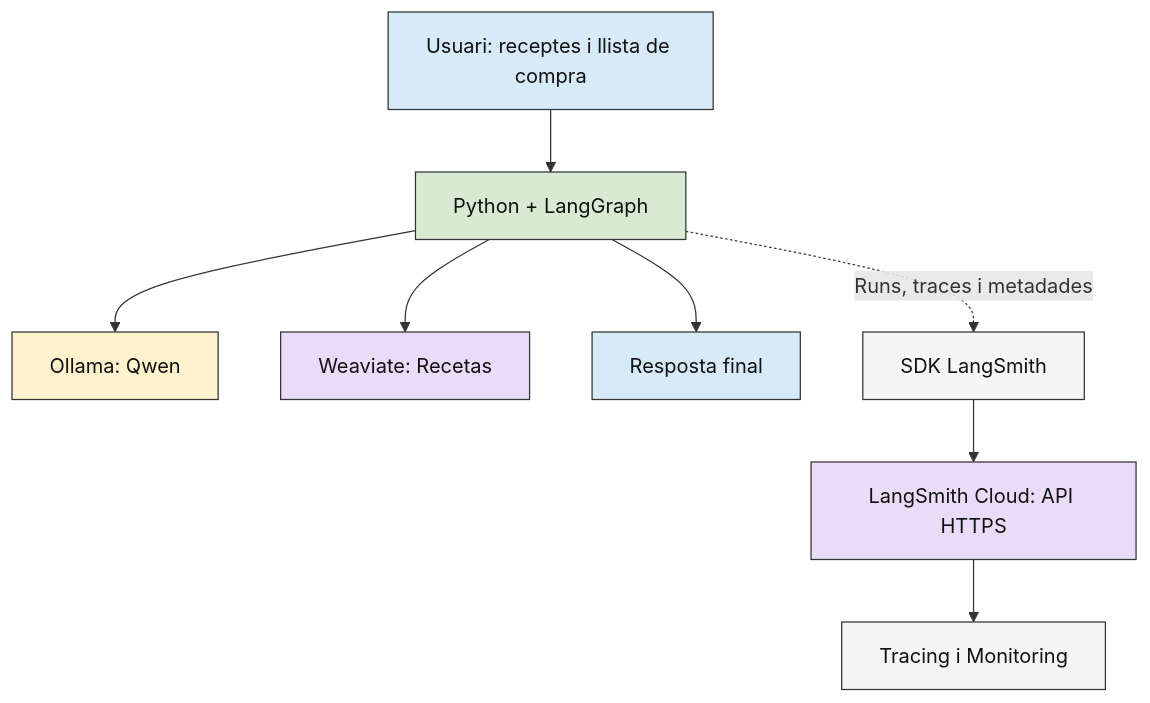
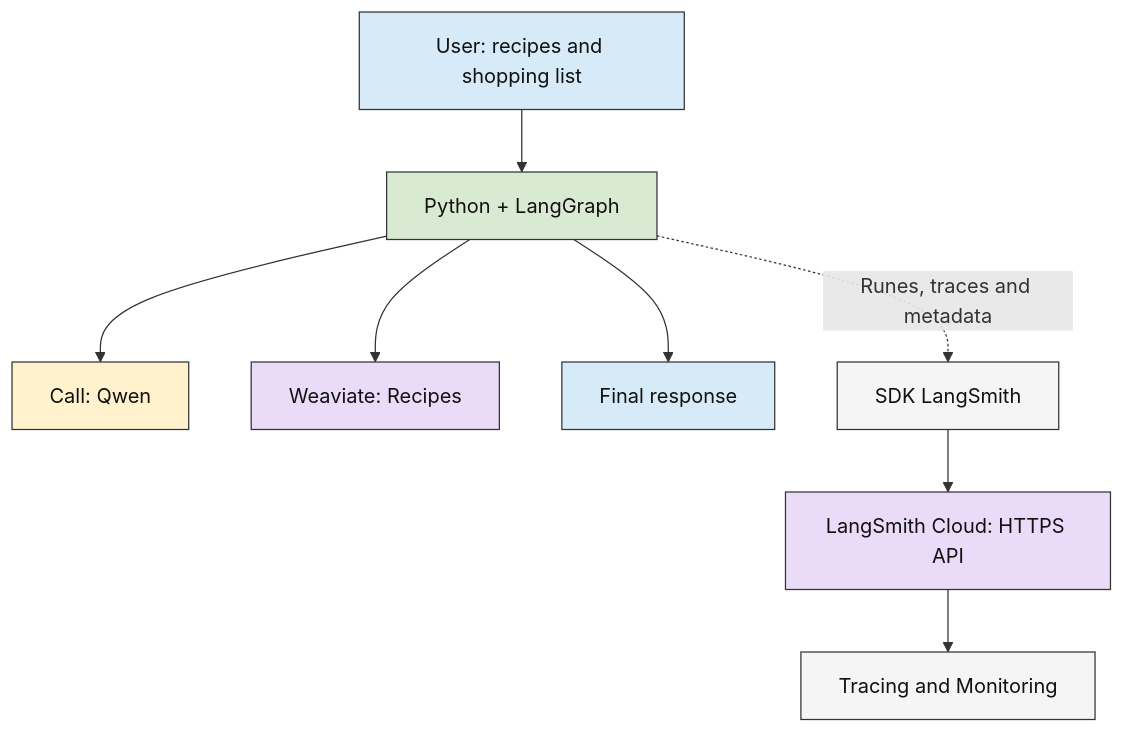
One commit to eetac/Visual_tools_for_AI changed the second of 2 diagrams in AI_Observability/docs/06_observalility.md. Above: the diagram before and after it, drawn with Mermaid. The commit also changed other lines of this file and 31 other files, not shown here.

````diff
--- a/AI_Observability/docs/06_observalility.md
+++ b/AI_Observability/docs/06_observalility.md
@@ -733,22 +733,22 @@
 ```mermaid
 flowchart TD
-    U["Usuari: receptes i llista de compra"] --> P["Python + LangGraph"]
-    P --> O["Ollama: Qwen"]
-    P --> W["Weaviate: Recetas"]
-    P --> F["Resposta final"]
-    P -. "Runs, traces i metadades" .-> S["SDK LangSmith"]
-    S --> C["LangSmith Cloud: API HTTPS"]
-    C --> D["Tracing i Monitoring"]
+    U["User: recipes and shopping list"] --> P["Python + LangGraph"]
+    P --> O["Call: Qwen"]
+    P --> W["Weaviate: Recipes"]
+    P --> F["Final response"]
+    P -. "Runes, traces and metadata" .-> S["SDK LangSmith"]
+    S --> C["LangSmith Cloud: HTTPS API"]
+    C --> D["Tracing and Monitoring"]
     class U,F entrada
     class P python
     class O llm
     class W,C servei
     class S,D opik
     classDef entrada fill:#D6EAF8,stroke:#333333,color:#111111
     classDef llm fill:#FFF2CC,stroke:#333333,color:#111111
     classDef python fill:#D9EAD3,stroke:#333333,color:#111111
     classDef decisio fill:#F4CCCC,stroke:#333333,color:#111111
     classDef servei fill:#EADCF8,stroke:#333333,color:#111111
     classDef agent fill:#FCE5CD,stroke:#333333,color:#111111
     classDef opik fill:#F5F5F5,stroke:#333333,color:#111111
 ```
````
